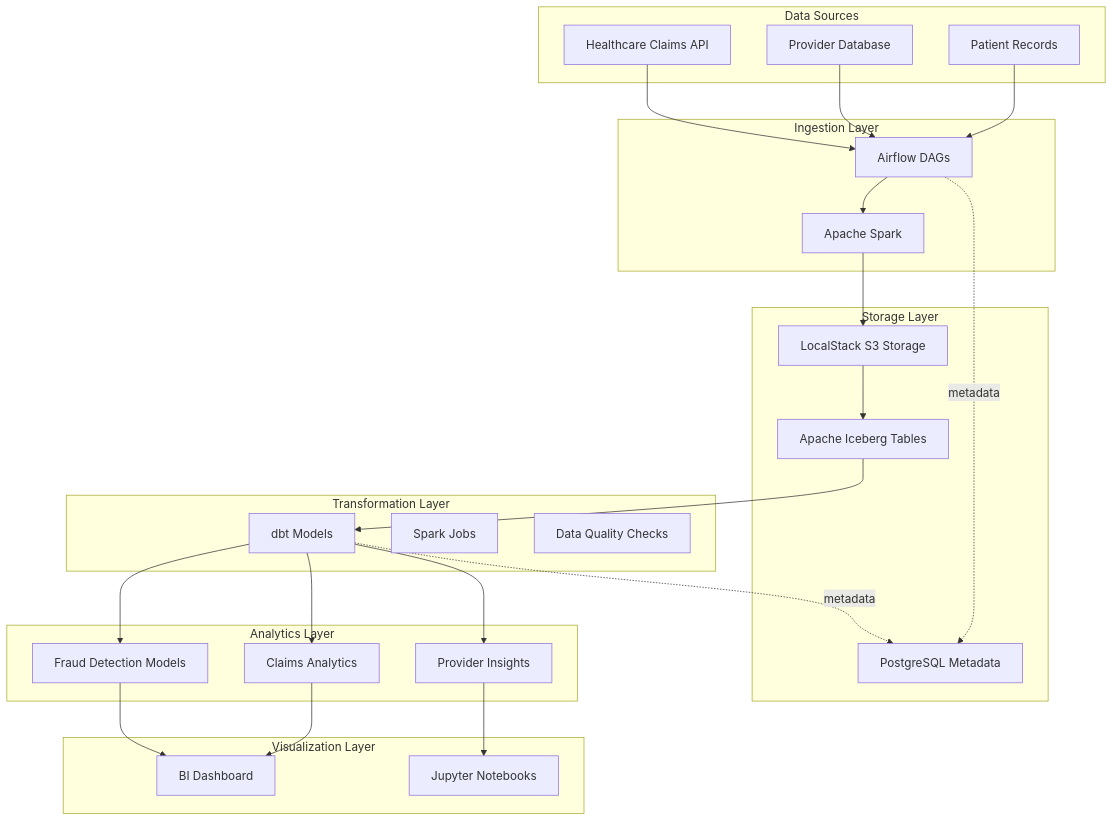
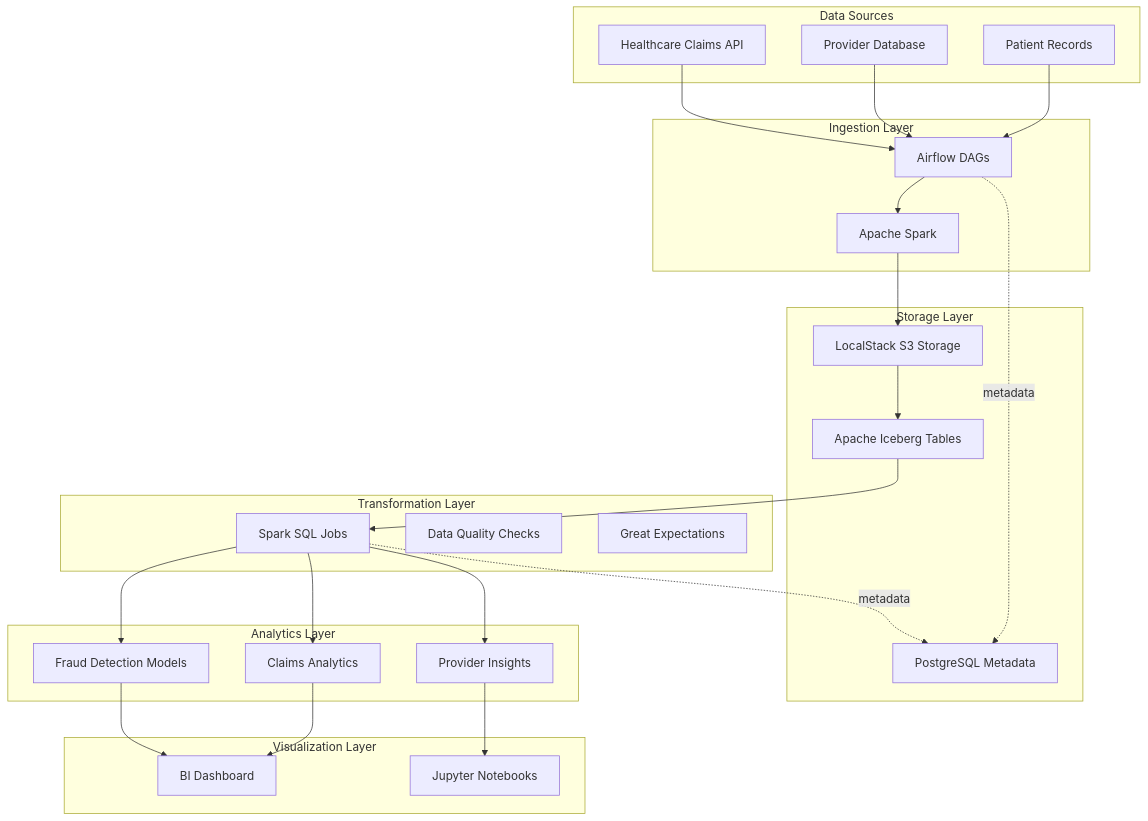
The first of 12 diagrams in ARCHITECTURE.md (zmadni/medflow-analytics), drawn with Mermaid before and after one commit. The commit also changed other lines of this file, not shown here.

````diff
--- a/ARCHITECTURE.md
+++ b/ARCHITECTURE.md
@@ -21,52 +21,52 @@
 ```mermaid
 graph TB
     subgraph "Data Sources"
         A1[Healthcare Claims API]
         A2[Provider Database]
         A3[Patient Records]
     end
 
     subgraph "Ingestion Layer"
         B1[Airflow DAGs]
         B2[Apache Spark]
     end
 
     subgraph "Storage Layer"
         C1[LocalStack S3 Storage]
         C2[Apache Iceberg Tables]
         C3[PostgreSQL Metadata]
     end
 
     subgraph "Transformation Layer"
-        D1[dbt Models]
-        D2[Spark Jobs]
-        D3[Data Quality Checks]
+        D1[Spark SQL Jobs]
+        D2[Data Quality Checks]
+        D3[Great Expectations]
     end
 
     subgraph "Analytics Layer"
         E1[Fraud Detection Models]
         E2[Claims Analytics]
         E3[Provider Insights]
     end
 
     subgraph "Visualization Layer"
         F1[BI Dashboard]
         F2[Jupyter Notebooks]
     end
 
     A1 --> B1
     A2 --> B1
     A3 --> B1
     B1 --> B2
     B2 --> C1
     C1 --> C2
     C2 --> D1
     D1 --> E1
     D1 --> E2
     D1 --> E3
     E1 --> F1
     E2 --> F1
     E3 --> F2
     B1 -.metadata.-> C3
     D1 -.metadata.-> C3
 ```
````
